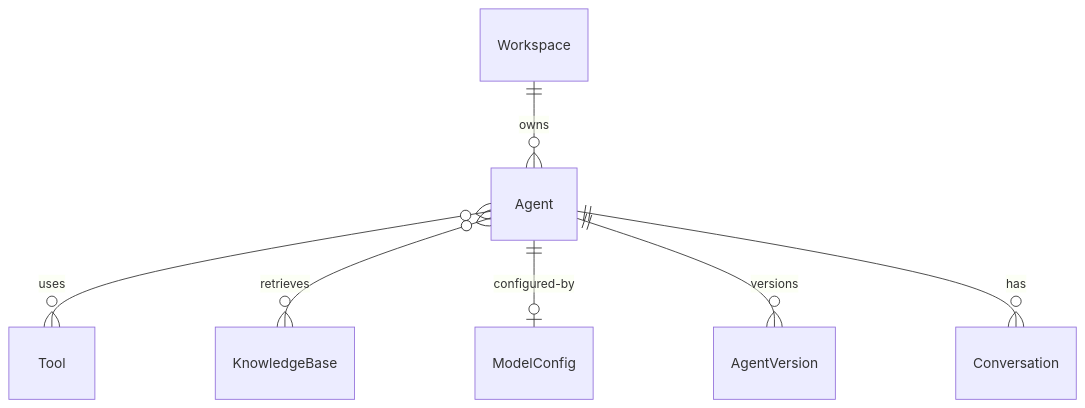
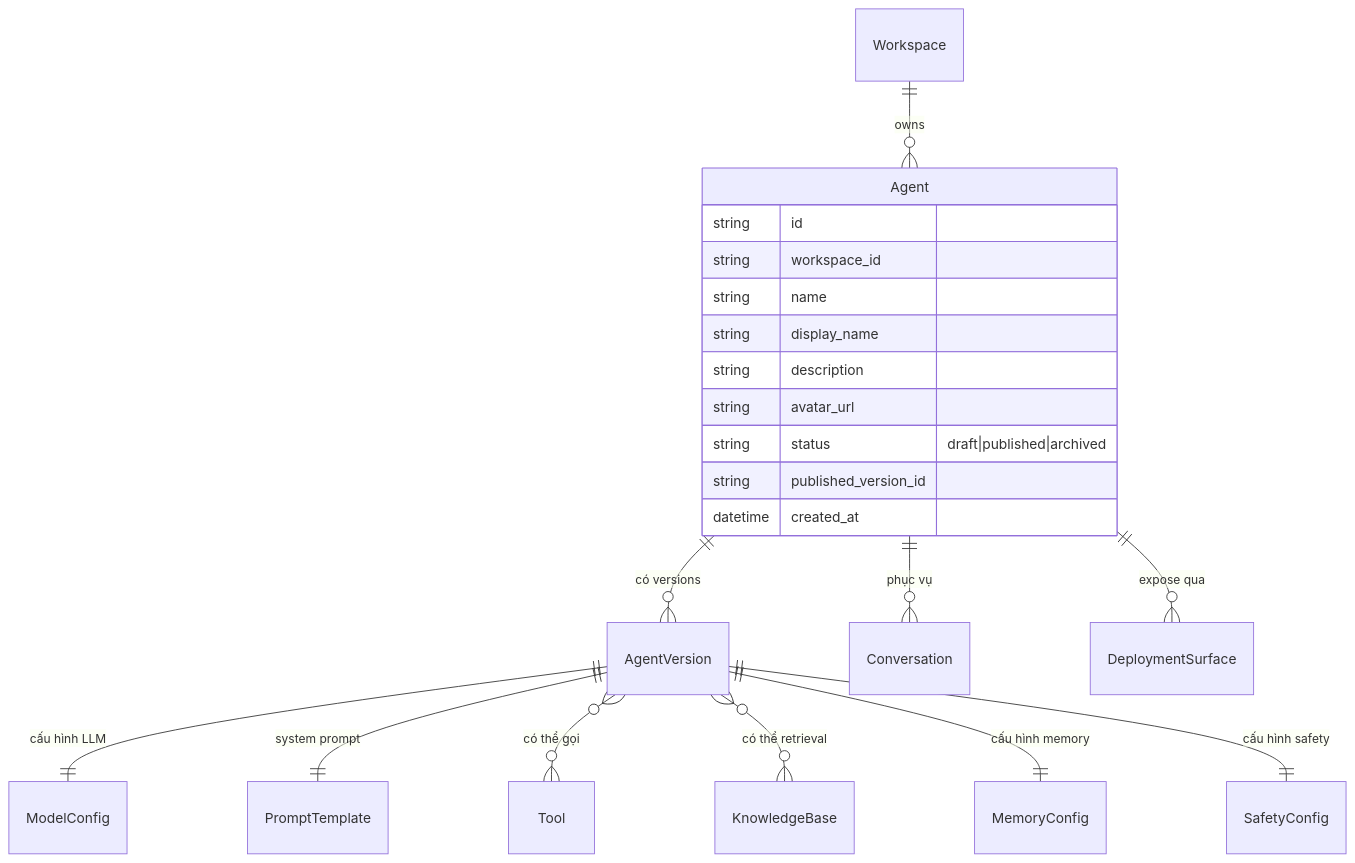
The first of 2 diagrams in docs/02-domain/03-agent.md (cmc-phongnd/agent-platform-docs), drawn with Mermaid before and after one commit. The commit also changed other lines of this file and 14 other files, not shown here.

````diff
--- a/docs/02-domain/03-agent.md
+++ b/docs/02-domain/03-agent.md
@@ -24,9 +51,25 @@
 ```mermaid
 erDiagram
     Workspace ||--o{ Agent : owns
-    Agent }o--o{ Tool : uses
-    Agent }o--o{ KnowledgeBase : retrieves
-    Agent ||--o| ModelConfig : configured-by
-    Agent ||--o{ AgentVersion : versions
-    Agent ||--o{ Conversation : has
+    Agent ||--o{ AgentVersion : "có versions"
+    AgentVersion ||--|| ModelConfig : "cấu hình LLM"
+    AgentVersion ||--|| PromptTemplate : "system prompt"
+    AgentVersion }o--o{ Tool : "có thể gọi"
+    AgentVersion }o--o{ KnowledgeBase : "có thể retrieval"
+    AgentVersion ||--|| MemoryConfig : "cấu hình memory"
+    AgentVersion ||--|| SafetyConfig : "cấu hình safety"
+    Agent ||--o{ Conversation : "phục vụ"
+    Agent ||--o{ DeploymentSurface : "expose qua"
+
+    Agent {
+        string id
+        string workspace_id
+        string name
+        string display_name
+        string description
+        string avatar_url
+        string status "draft|published|archived"
+        string published_version_id
+        datetime created_at
+    }
 ```
````
